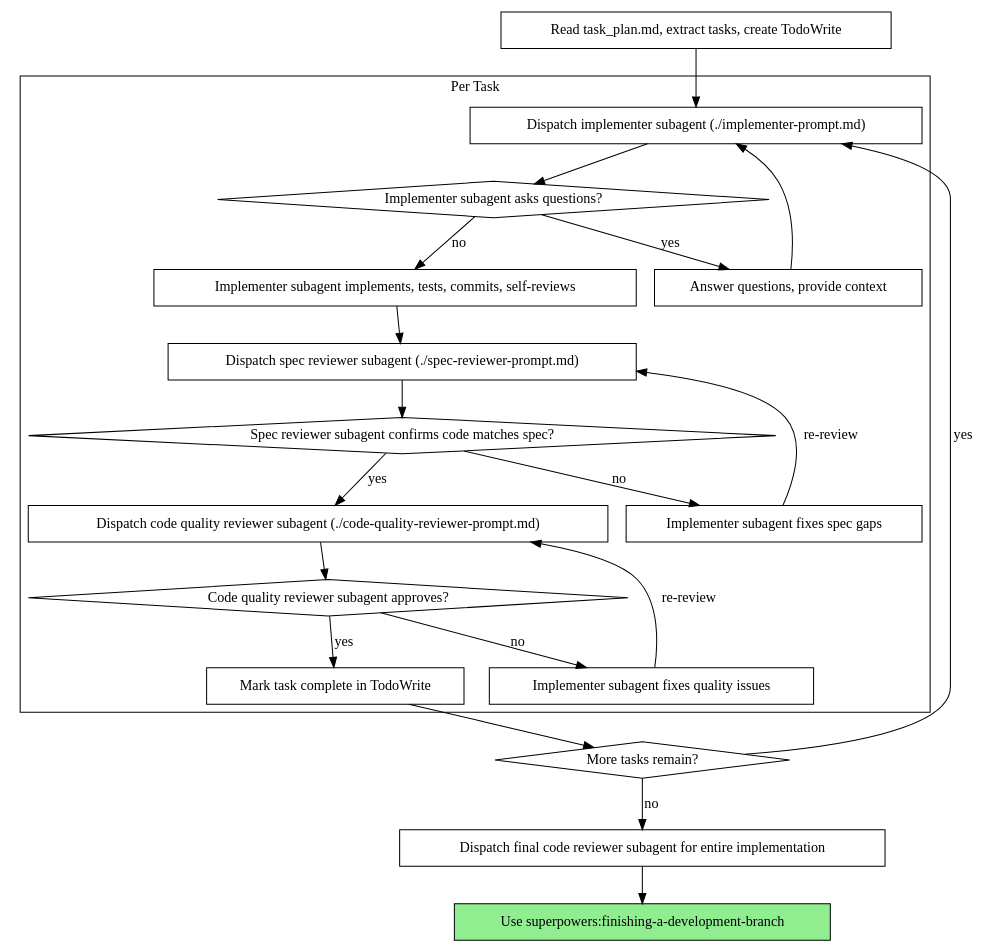
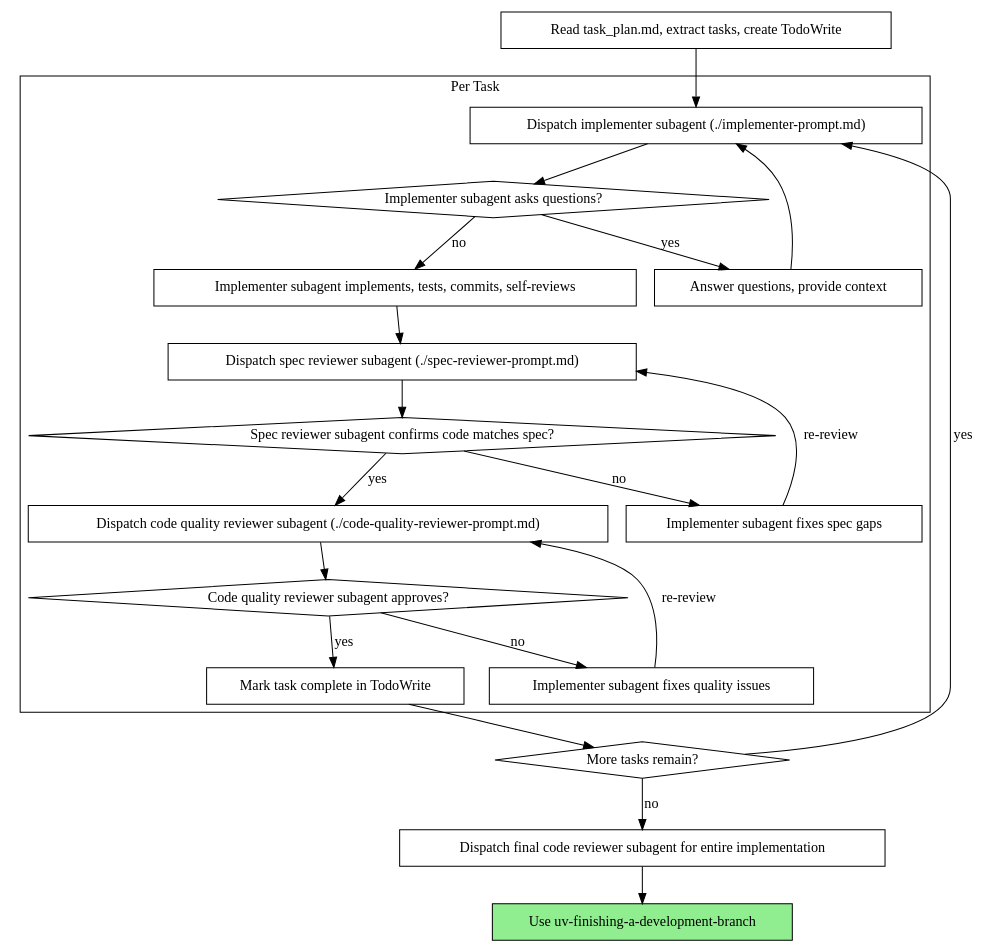
Before and after one commit to uv-xiao/pkbllm: the second of 2 diagrams in productivity/subagent-driven-development/SKILL.md, drawn with Graphviz. The commit also changed 16 other files, not shown here.

Commit message:
Improve bootstrap install flows and CI

````diff
--- a/productivity/subagent-driven-development/SKILL.md
+++ b/productivity/subagent-driven-development/SKILL.md
@@ -42,44 +42,44 @@
 ```dot
 digraph process {
     rankdir=TB;
 
     subgraph cluster_per_task {
         label="Per Task";
         "Dispatch implementer subagent (./implementer-prompt.md)" [shape=box];
         "Implementer subagent asks questions?" [shape=diamond];
         "Answer questions, provide context" [shape=box];
         "Implementer subagent implements, tests, commits, self-reviews" [shape=box];
         "Dispatch spec reviewer subagent (./spec-reviewer-prompt.md)" [shape=box];
         "Spec reviewer subagent confirms code matches spec?" [shape=diamond];
         "Implementer subagent fixes spec gaps" [shape=box];
         "Dispatch code quality reviewer subagent (./code-quality-reviewer-prompt.md)" [shape=box];
         "Code quality reviewer subagent approves?" [shape=diamond];
         "Implementer subagent fixes quality issues" [shape=box];
         "Mark task complete in TodoWrite" [shape=box];
     }
 
     "Read task_plan.md, extract tasks, create TodoWrite" [shape=box];
     "More tasks remain?" [shape=diamond];
     "Dispatch final code reviewer subagent for entire implementation" [shape=box];
-    "Use superpowers:finishing-a-development-branch" [shape=box style=filled fillcolor=lightgreen];
+    "Use uv-finishing-a-development-branch" [shape=box style=filled fillcolor=lightgreen];
 
     "Read task_plan.md, extract tasks, create TodoWrite" -> "Dispatch implementer subagent (./implementer-prompt.md)";
     "Dispatch implementer subagent (./implementer-prompt.md)" -> "Implementer subagent asks questions?";
     "Implementer subagent asks questions?" -> "Answer questions, provide context" [label="yes"];
     "Answer questions, provide context" -> "Dispatch implementer subagent (./implementer-prompt.md)";
     "Implementer subagent asks questions?" -> "Implementer subagent implements, tests, commits, self-reviews" [label="no"];
     "Implementer subagent implements, tests, commits, self-reviews" -> "Dispatch spec reviewer subagent (./spec-reviewer-prompt.md)";
     "Dispatch spec reviewer subagent (./spec-reviewer-prompt.md)" -> "Spec reviewer subagent confirms code matches spec?";
     "Spec reviewer subagent confirms code matches spec?" -> "Implementer subagent fixes spec gaps" [label="no"];
     "Implementer subagent fixes spec gaps" -> "Dispatch spec reviewer subagent (./spec-reviewer-prompt.md)" [label="re-review"];
     "Spec reviewer subagent confirms code matches spec?" -> "Dispatch code quality reviewer subagent (./code-quality-reviewer-prompt.md)" [label="yes"];
     "Dispatch code quality reviewer subagent (./code-quality-reviewer-prompt.md)" -> "Code quality reviewer subagent approves?";
     "Code quality reviewer subagent approves?" -> "Implementer subagent fixes quality issues" [label="no"];
     "Implementer subagent fixes quality issues" -> "Dispatch code quality reviewer subagent (./code-quality-reviewer-prompt.md)" [label="re-review"];
     "Code quality reviewer subagent approves?" -> "Mark task complete in TodoWrite" [label="yes"];
     "Mark task complete in TodoWrite" -> "More tasks remain?";
     "More tasks remain?" -> "Dispatch implementer subagent (./implementer-prompt.md)" [label="yes"];
     "More tasks remain?" -> "Dispatch final code reviewer subagent for entire implementation" [label="no"];
-    "Dispatch final code reviewer subagent for entire implementation" -> "Use superpowers:finishing-a-development-branch";
+    "Dispatch final code reviewer subagent for entire implementation" -> "Use uv-finishing-a-development-branch";
 }
 ```
````
